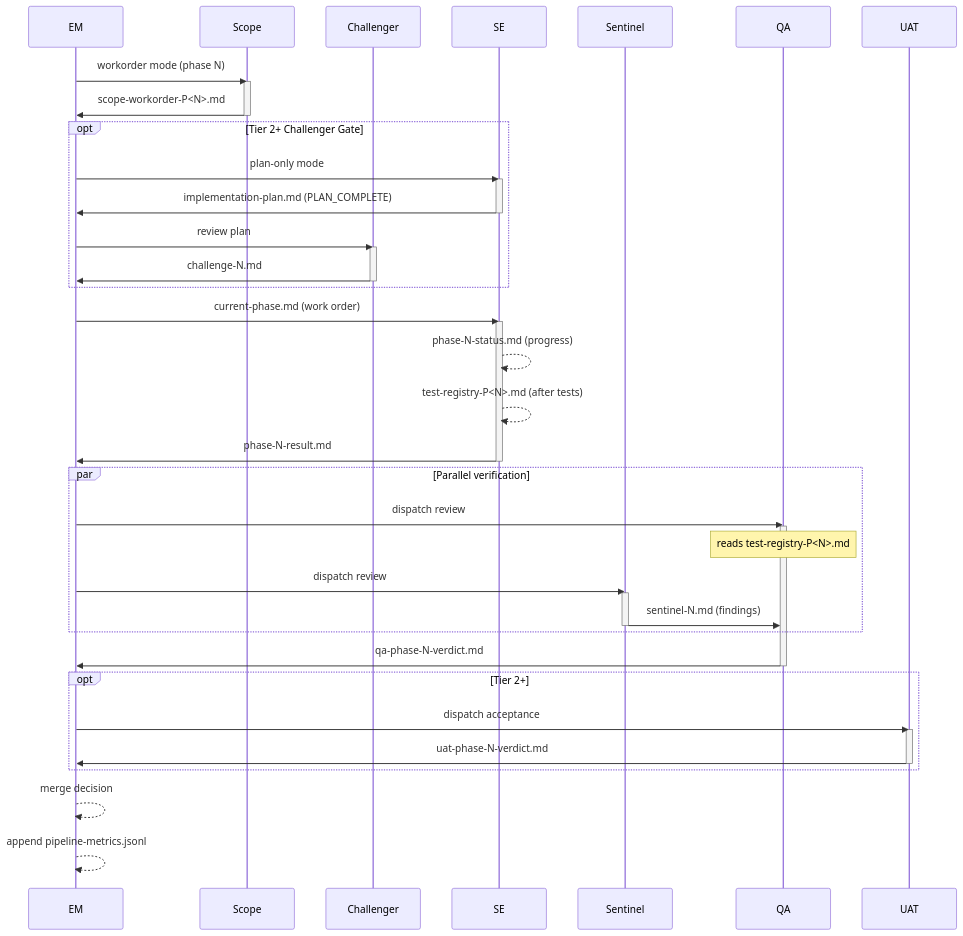
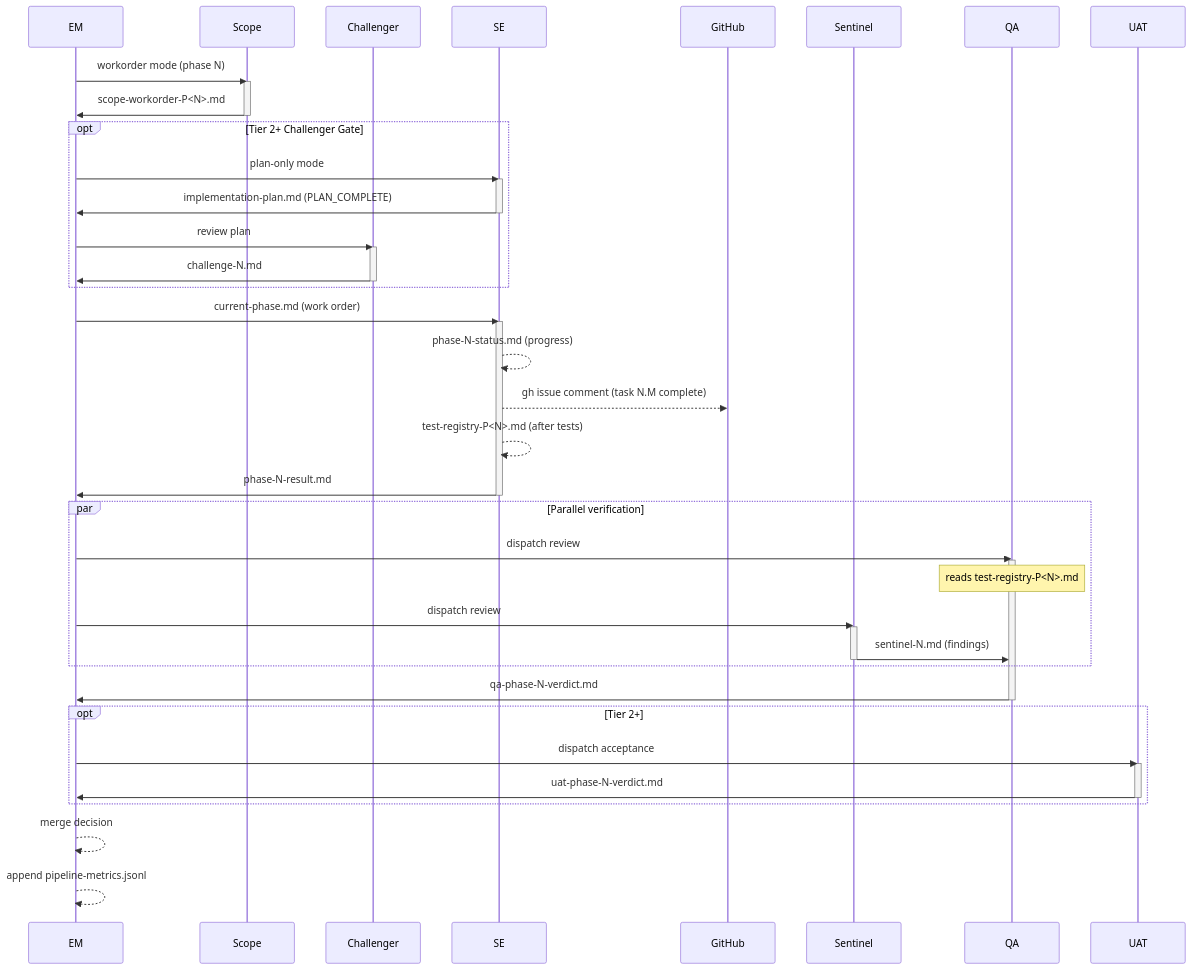
One commit to rfxn/rdf changed the eighth of 10 diagrams in reference/diagrams.md. Above: the diagram before and after it, drawn with Mermaid. The commit also changed other lines of this file and 20 other files, not shown here.

First line of the commit message:
v2.1.0 — GitHub Issue Model v2: phase-level tracking + roadmap planning

````diff
--- a/reference/diagrams.md
+++ b/reference/diagrams.md
@@ -362,56 +366,58 @@
 ```mermaid
 sequenceDiagram
     participant EM
     participant Scope
     participant Challenger
     participant SE
+    participant GitHub
     participant Sentinel
     participant QA
     participant UAT
 
     EM->>Scope: workorder mode (phase N)
     activate Scope
     Scope->>EM: scope-workorder-P<N>.md
     deactivate Scope
 
     opt Tier 2+ Challenger Gate
         EM->>SE: plan-only mode
         activate SE
         SE->>EM: implementation-plan.md (PLAN_COMPLETE)
         deactivate SE
         EM->>Challenger: review plan
         activate Challenger
         Challenger->>EM: challenge-N.md
         deactivate Challenger
     end
 
     EM->>SE: current-phase.md (work order)
     activate SE
     SE-->>SE: phase-N-status.md (progress)
+    SE-->>GitHub: gh issue comment (task N.M complete)
     SE-->>SE: test-registry-P<N>.md (after tests)
     SE->>EM: phase-N-result.md
     deactivate SE
 
     par Parallel verification
         EM->>QA: dispatch review
         activate QA
         Note over QA: reads test-registry-P<N>.md
         EM->>Sentinel: dispatch review
         activate Sentinel
         Sentinel->>QA: sentinel-N.md (findings)
         deactivate Sentinel
     end
 
     QA->>EM: qa-phase-N-verdict.md
     deactivate QA
 
     opt Tier 2+
         EM->>UAT: dispatch acceptance
         activate UAT
         UAT->>EM: uat-phase-N-verdict.md
         deactivate UAT
     end
 
     EM-->>EM: merge decision
     EM-->>EM: append pipeline-metrics.jsonl
 ```
````
